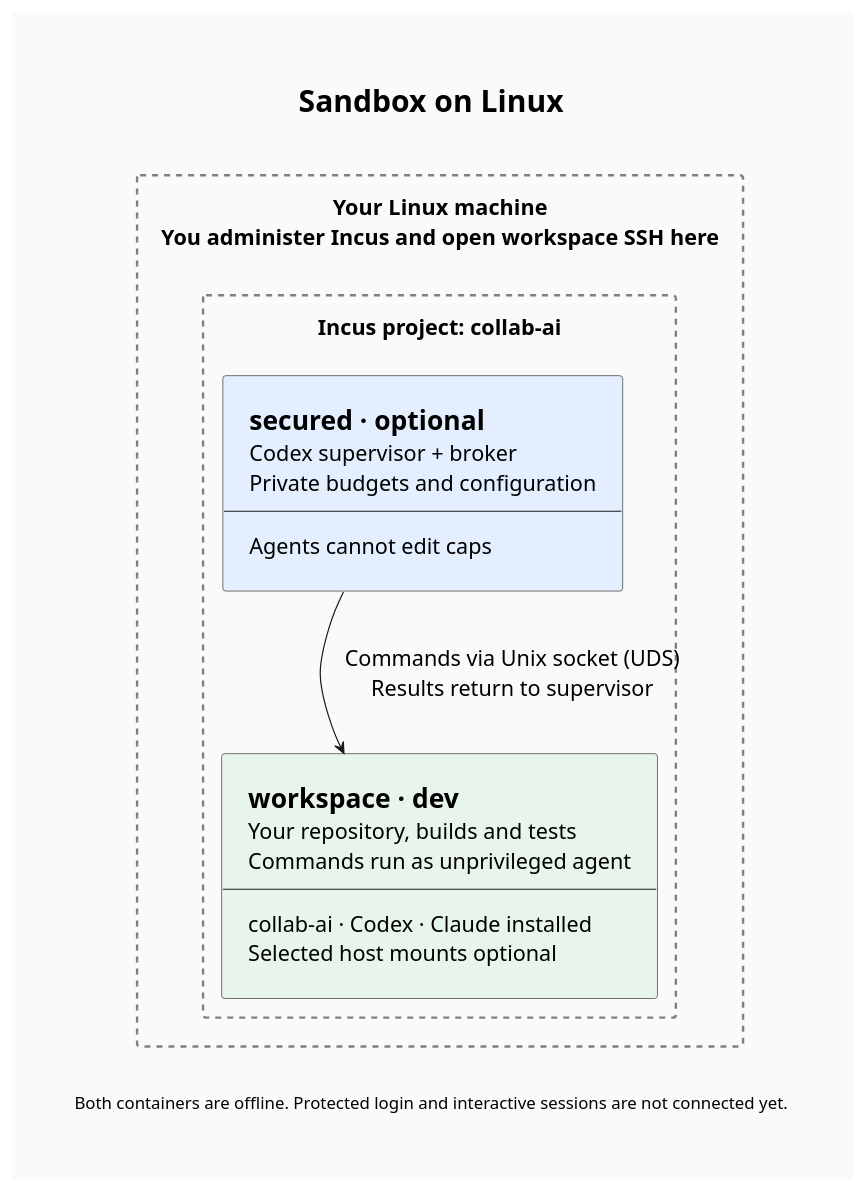
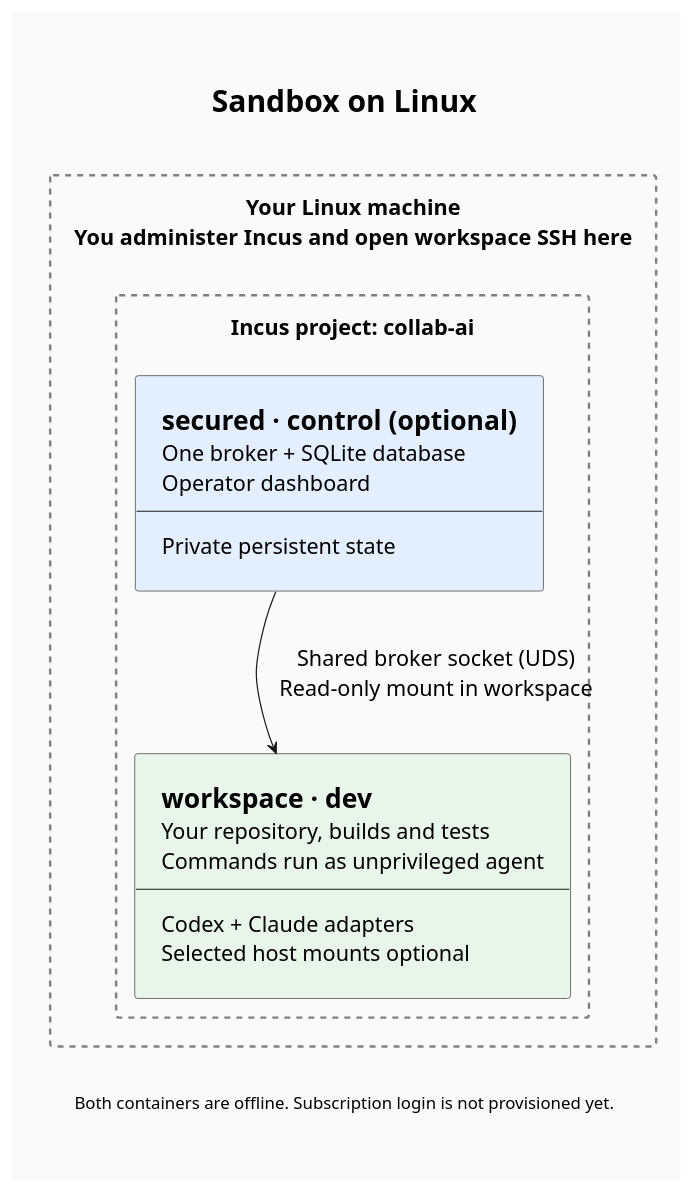
One commit to makarski/collab-ai changed the diagram in docs/assets/sandbox-linux.puml. Above: the diagram before and after it, drawn with PlantUML. The commit also changed 25 other files, not shown here.

Commit message:
feat: consolidate sandbox collaboration in the control broker

```diff
--- a/docs/assets/sandbox-linux.puml
+++ b/docs/assets/sandbox-linux.puml
@@ -1,60 +1,60 @@
 @startuml sandbox-linux
 ' Render from the repository root:
 ' plantuml -tsvg -nometadata docs/assets/sandbox-linux.puml
 
 title Sandbox on Linux
 
 <style>
 title {
     FontSize 25
 }
 document {
     Margin 20
     BackgroundColor #fafafa
 }
 rectangle {
     LineStyle 5
     LineColor #grey
     LineThickness 2
 }
 .Workspace {
     BackgroundColor #e7f5eb
 }
 .Secured {
     BackgroundColor #e3efff
 }
 </style>
 
 hide stereotype
 skinparam {
     backgroundColor #fafafa
     shadowing false
     componentStyle rectangle
     defaultFontSize 18
     padding 12
 }
 
 rectangle "Your Linux machine\nYou administer Incus and open workspace SSH here" as Host {
 rectangle "Incus project: collab-ai" as Project {
     component Secured <<Secured>> [
-        =secured · optional
-        Codex supervisor + broker
-        Private budgets and configuration
+        =secured · control (optional)
+        One broker + SQLite database
+        Operator dashboard
         --
-        Agents cannot edit caps
+        Private persistent state
     ]
     component Workspace <<Workspace>> [
         =workspace · dev
         Your repository, builds and tests
         Commands run as unprivileged agent
         --
-        collab-ai · Codex · Claude installed
+        Codex + Claude adapters
         Selected host mounts optional
     ]
 }
-Secured -down-> Workspace : Commands via Unix socket (UDS)\nResults return to supervisor
+Secured -down-> Workspace : Shared broker socket (UDS)\nRead-only mount in workspace
 }
 
-caption Both containers are offline. Protected login and interactive sessions are not connected yet.
+caption Both containers are offline. Subscription login is not provisioned yet.
 
 @enduml
```
